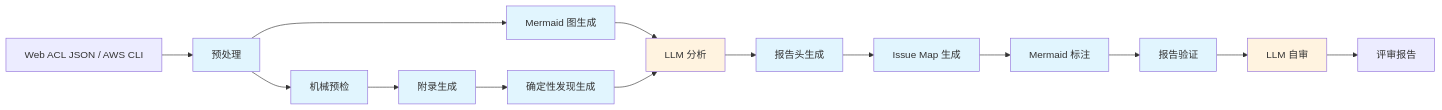
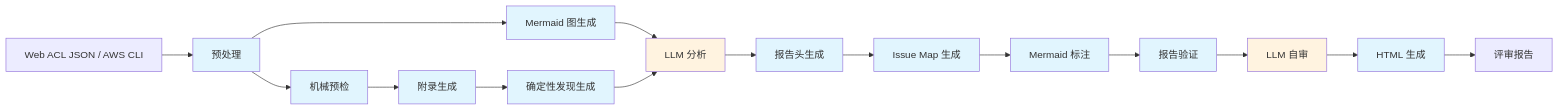
The diagram in README.md (chenghit/aws-waf-rules-reviewer), drawn with Mermaid before and after one commit. The commit also changed other lines of this file and 14 other files, not shown here.

````diff
--- a/README.md
+++ b/README.md
@@ -11,28 +11,30 @@
 ```mermaid
 flowchart LR
     A["Web ACL JSON / AWS CLI"] --> B["预处理"]
     B --> C["Mermaid 图生成"]
     B --> D["机械预检"]
     D --> D2["附录生成"]
     D2 --> D3["确定性发现生成"]
     C --> E["LLM 分析"]
     D3 --> E
     E --> E2["报告头生成"]
     E2 --> E3["Issue Map 生成"]
     E3 --> F["Mermaid 标注"]
     F --> G["报告验证"]
     G --> H["LLM 自审"]
-    H --> I["评审报告"]
+    H --> J["HTML 生成"]
+    J --> I["评审报告"]
 
     style B fill:#e1f5fe
     style C fill:#e1f5fe
     style D fill:#e1f5fe
     style D2 fill:#e1f5fe
     style D3 fill:#e1f5fe
     style E2 fill:#e1f5fe
     style E3 fill:#e1f5fe
     style F fill:#e1f5fe
     style G fill:#e1f5fe
+    style J fill:#e1f5fe
     style E fill:#fff3e0
     style H fill:#fff3e0
 ```
````
